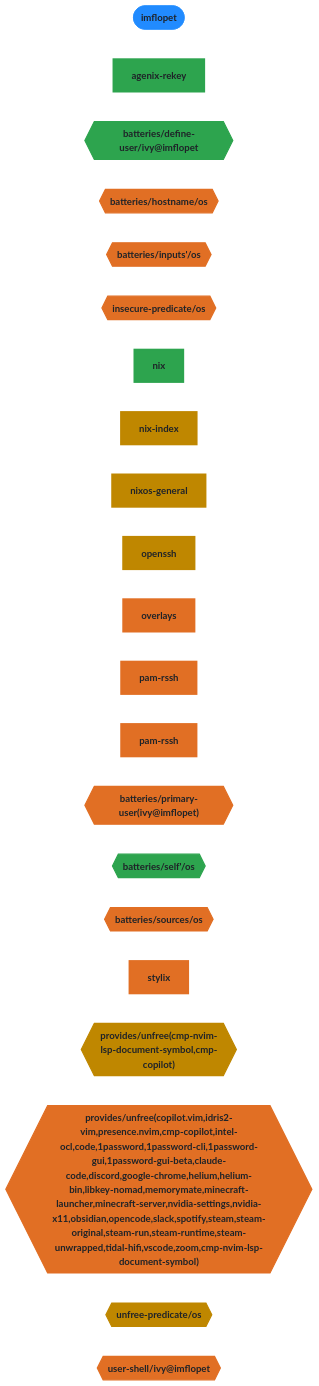
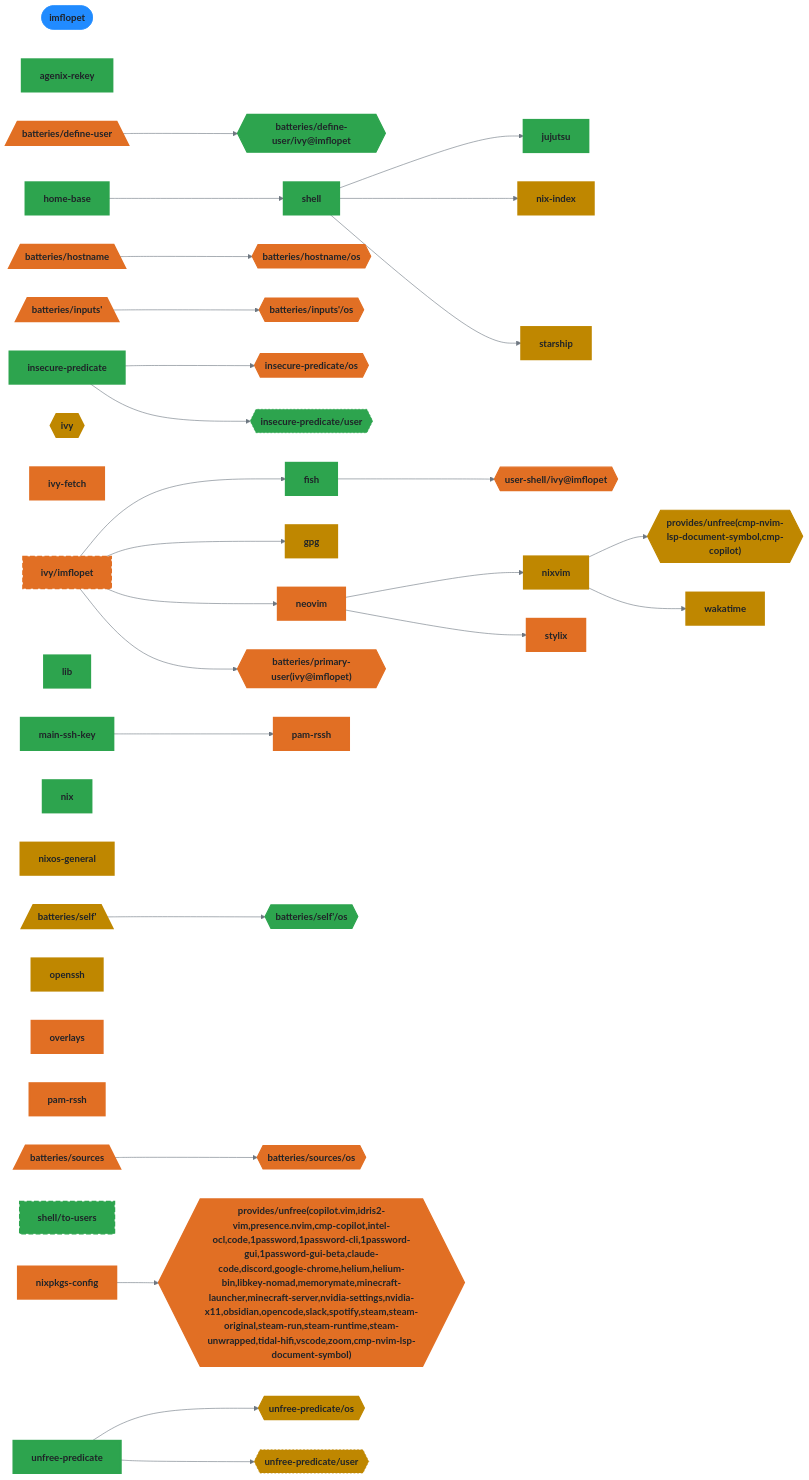
Before and after one commit to auscyber/dotfiles: the third of 9 diagrams in README.md, drawn with Mermaid. The commit also changed other lines of this file and 1 other file, not shown here.

````diff
--- a/README.md
+++ b/README.md
@@ -202,47 +439,121 @@
 graph LR
   imflopet([imflopet]):::root
   agenix_rekey["agenix-rekey"]:::agenix_rekey_c
+  den__batteries__define_user[/"batteries/define-user"\]:::den__batteries__define_user_c
   den__batteries__define_user__ivy_imflopet{{"batteries/define-user/ivy@imflopet"}}:::den__batteries__define_user__ivy_imflopet_c
+  fish["fish"]:::fish_c
+  gpg["gpg"]:::gpg_c
+  home_base["home-base"]:::home_base_c
+  den__batteries__hostname[/"batteries/hostname"\]:::den__batteries__hostname_c
   den__batteries__hostname__os{{"batteries/hostname/os"}}:::den__batteries__hostname__os_c
+  den__batteries__inputs_[/"batteries/inputs'"\]:::den__batteries__inputs__c
   den__batteries__inputs___os{{"batteries/inputs'/os"}}:::den__batteries__inputs___os_c
+  insecure_predicate["insecure-predicate"]:::insecure_predicate_c
   insecure_predicate__os{{"insecure-predicate/os"}}:::insecure_predicate__os_c
+  insecure_predicate__user{{"insecure-predicate/user"}}:::insecure_predicate__user_c
+  ivy{{"ivy"}}:::ivy_c
+  ivy_fetch["ivy-fetch"]:::ivy_fetch_c
+  ivy__imflopet["ivy/imflopet"]:::ivy__imflopet_c
+  jujutsu["jujutsu"]:::jujutsu_c
+  lib["lib"]:::lib_c
+  main_ssh_key["main-ssh-key"]:::main_ssh_key_c
+  neovim["neovim"]:::neovim_c
   nix["nix"]:::nix_c
   nix_index["nix-index"]:::nix_index_c
   nixos_general["nixos-general"]:::nixos_general_c
+  nixpkgs_config_host_imflopet["nixpkgs-config"]:::nixpkgs_config_host_imflopet_c
+  nixvim["nixvim"]:::nixvim_c
   openssh["openssh"]:::openssh_c
   overlays["overlays"]:::overlays_c
   pam_rssh_host_imflopet["pam-rssh"]:::pam_rssh_host_imflopet_c
   pam_rssh_user_ivy["pam-rssh"]:::pam_rssh_user_ivy_c
   den__batteries__primary_user_ivy_imflopet_{{"batteries/primary-user(ivy@imflopet)"}}:::den__batteries__primary_user_ivy_imflopet__c
+  den__batteries__self_[/"batteries/self'"\]:::den__batteries__self__c
   den__batteries__self___os{{"batteries/self'/os"}}:::den__batteries__self___os_c
+  shell["shell"]:::shell_c
+  shell__to_users["shell/to-users"]:::shell__to_users_c
+  den__batteries__sources[/"batteries/sources"\]:::den__batteries__sources_c
   den__batteries__sources__os{{"batteries/sources/os"}}:::den__batteries__sources__os_c
+  starship["starship"]:::starship_c
   stylix["stylix"]:::stylix_c
   den__provides__unfree_cmp_nvim_lsp_document_symbol_cmp_copilot_{{"provides/unfree(cmp-nvim-lsp-document-symbol,cmp-copilot)"}}:::den__provides__unfree_cmp_nvim_lsp_document_symbol_cmp_copilot__c
   den__provides__unfree_copilot_vim_idris2_vim_presence_nvim_cmp_copilot_intel_ocl_code_1password_1password_cli_1password_gui_1password_gui_beta_claude_code_discord_google_chrome_helium_helium_bin_libkey_nomad_memorymate_minecraft_launcher_minecraft_server_nvidia_settings_nvidia_x11_obsidian_opencode_slack_spotify_steam_steam_original_steam_run_steam_runtime_steam_unwrapped_tidal_hifi_vscode_zoom_cmp_nvim_lsp_document_symbol_{{"provides/unfree(copilot.vim,idris2-vim,presence.nvim,cmp-copilot,intel-ocl,code,1password,1password-cli,1password-gui,1password-gui-beta,claude-code,discord,google-chrome,helium,helium-bin,libkey-nomad,memorymate,minecraft-launcher,minecraft-server,nvidia-settings,nvidia-x11,obsidian,opencode,slack,spotify,steam,steam-original,steam-run,steam-runtime,steam-unwrapped,tidal-hifi,vscode,zoom,cmp-nvim-lsp-document-symbol)"}}:::den__provides__unfree_copilot_vim_idris2_vim_presence_nvim_cmp_copilot_intel_ocl_code_1password_1password_cli_1password_gui_1password_gui_beta_claude_code_discord_google_chrome_helium_helium_bin_libkey_nomad_memorymate_minecraft_launcher_minecraft_server_nvidia_settings_nvidia_x11_obsidian_opencode_slack_spotify_steam_steam_original_steam_run_steam_runtime_steam_unwrapped_tidal_hifi_vscode_zoom_cmp_nvim_lsp_document_symbol__c
+  unfree_predicate["unfree-predicate"]:::unfree_predicate_c
   unfree_predicate__os{{"unfree-predicate/os"}}:::unfree_predicate__os_c
+  unfree_predicate__user{{"unfree-predicate/user"}}:::unfree_predicate__user_c
   user_shell__ivy_imflopet{{"user-shell/ivy@imflopet"}}:::user_shell__ivy_imflopet_c
+  wakatime["wakatime"]:::wakatime_c
 
+  den__batteries__define_user --> den__batteries__define_user__ivy_imflopet
+  den__batteries__hostname --> den__batteries__hostname__os
+  den__batteries__inputs_ --> den__batteries__inputs___os
+  den__batteries__self_ --> den__batteries__self___os
+  den__batteries__sources --> den__batteries__sources__os
+  fish --> user_shell__ivy_imflopet
+  home_base --> shell
+  insecure_predicate --> insecure_predicate__os
+  insecure_predicate --> insecure_predicate__user
+  ivy__imflopet --> fish
+  ivy__imflopet --> gpg
+  ivy__imflopet --> neovim
+  ivy__imflopet --> den__batteries__primary_user_ivy_imflopet_
+  main_ssh_key --> pam_rssh_user_ivy
+  neovim --> nixvim
+  neovim --> stylix
+  nixpkgs_config_host_imflopet --> den__provides__unfree_copilot_vim_idris2_vim_presence_nvim_cmp_copilot_intel_ocl_code_1password_1password_cli_1password_gui_1password_gui_beta_claude_code_discord_google_chrome_helium_helium_bin_libkey_nomad_memorymate_minecraft_launcher_minecraft_server_nvidia_settings_nvidia_x11_obsidian_opencode_slack_spotify_steam_steam_original_steam_run_steam_runtime_steam_unwrapped_tidal_hifi_vscode_zoom_cmp_nvim_lsp_document_symbol_
+  nixvim --> den__provides__unfree_cmp_nvim_lsp_document_symbol_cmp_copilot_
+  nixvim --> wakatime
+  shell --> jujutsu
+  shell --> nix_index
+  shell --> starship
+  unfree_predicate --> unfree_predicate__os
+  unfree_predicate --> unfree_predicate__user
 
   classDef root fill:#218bff,stroke:#218bff,color:#1f2328,font-weight:bold
   classDef agenix_rekey_c fill:#2da44e,stroke:#2da44e,color:#1f2328,stroke-width:3px
+  classDef den__batteries__define_user_c fill:#e16f24,stroke:#e16f24,color:#1f2328,stroke-width:3px
   classDef den__batteries__define_user__ivy_imflopet_c fill:#2da44e,stroke:#2da44e,color:#1f2328,stroke-width:2px
+  classDef fish_c fill:#2da44e,stroke:#2da44e,color:#1f2328,stroke-width:3px
+  classDef gpg_c fill:#bf8700,stroke:#bf8700,color:#1f2328,stroke-width:3px
+  classDef home_base_c fill:#2da44e,stroke:#2da44e,color:#1f2328,stroke-width:3px
+  classDef den__batteries__hostname_c fill:#e16f24,stroke:#e16f24,color:#1f2328,stroke-width:3px
   classDef den__batteries__hostname__os_c fill:#e16f24,stroke:#e16f24,color:#1f2328,stroke-width:2px
   classDef imflopet_c fill:#e16f24,stroke:#e16f24,color:#1f2328,stroke-width:3px
+  classDef den__batteries__inputs__c fill:#e16f24,stroke:#e16f24,color:#1f2328,stroke-width:3px
   classDef den__batteries__inputs___os_c fill:#e16f24,stroke:#e16f24,color:#1f2328,stroke-width:2px
+  classDef insecure_predicate_c fill:#2da44e,stroke:#2da44e,color:#1f2328,stroke-width:3px
   classDef insecure_predicate__os_c fill:#e16f24,stroke:#e16f24,color:#1f2328,stroke-width:2px
+  classDef insecure_predicate__user_c fill:#2da44e,stroke:#2da44e,color:#1f2328,stroke-dasharray: 3 3,stroke-width:1px
+  classDef ivy_c fill:#bf8700,stroke:#bf8700,color:#1f2328,stroke-width:3px
+  classDef ivy_fetch_c fill:#e16f24,stroke:#e16f24,color:#1f2328,stroke-width:3px
+  classDef ivy__imflopet_c fill:#e16f24,stroke:#e16f24,color:#1f2328,stroke-width:2px,stroke-dasharray: 8 4
+  classDef jujutsu_c fill:#2da44e,stroke:#2da44e,color:#1f2328,stroke-width:3px
+  classDef lib_c fill:#2da44e,stroke:#2da44e,color:#1f2328,stroke-width:3px
+  classDef main_ssh_key_c fill:#2da44e,stroke:#2da44e,color:#1f2328,stroke-width:3px
+  classDef neovim_c fill:#e16f24,stroke:#e16f24,color:#1f2328,stroke-width:3px
   classDef nix_c fill:#2da44e,stroke:#2da44e,color:#1f2328,stroke-width:3px
   classDef nix_index_c fill:#bf8700,stroke:#bf8700,color:#1f2328,stroke-width:3px
   classDef nixos_general_c fill:#bf8700,stroke:#bf8700,color:#1f2328,stroke-width:3px
+  classDef nixpkgs_config_host_imflopet_c fill:#e16f24,stroke:#e16f24,color:#1f2328,stroke-width:3px
+  classDef nixvim_c fill:#bf8700,stroke:#bf8700,color:#1f2328,stroke-width:3px
   classDef openssh_c fill:#bf8700,stroke:#bf8700,color:#1f2328,stroke-width:3px
   classDef overlays_c fill:#e16f24,stroke:#e16f24,color:#1f2328,stroke-width:3px
   classDef pam_rssh_host_imflopet_c fill:#e16f24,stroke:#e16f24,color:#1f2328,stroke-width:3px
   classDef pam_rssh_user_ivy_c fill:#e16f24,stroke:#e16f24,color:#1f2328,stroke-width:3px
   classDef den__batteries__primary_user_ivy_imflopet__c fill:#e16f24,stroke:#e16f24,color:#1f2328,stroke-width:2px
+  classDef den__batteries__self__c fill:#bf8700,stroke:#bf8700,color:#1f2328,stroke-width:3px
   classDef den__batteries__self___os_c fill:#2da44e,stroke:#2da44e,color:#1f2328,stroke-width:2px
+  classDef shell_c fill:#2da44e,stroke:#2da44e,color:#1f2328,stroke-width:3px
+  classDef shell__to_users_c fill:#2da44e,stroke:#2da44e,color:#1f2328,stroke-width:2px,stroke-dasharray: 8 4
+  classDef den__batteries__sources_c fill:#e16f24,stroke:#e16f24,color:#1f2328,stroke-width:3px
   classDef den__batteries__sources__os_c fill:#e16f24,stroke:#e16f24,color:#1f2328,stroke-width:2px
+  classDef starship_c fill:#bf8700,stroke:#bf8700,color:#1f2328,stroke-width:3px
   classDef stylix_c fill:#e16f24,stroke:#e16f24,color:#1f2328,stroke-width:3px
   classDef den__provides__unfree_cmp_nvim_lsp_document_symbol_cmp_copilot__c fill:#bf8700,stroke:#bf8700,color:#1f2328,stroke-width:2px
   classDef den__provides__unfree_copilot_vim_idris2_vim_presence_nvim_cmp_copilot_intel_ocl_code_1password_1password_cli_1password_gui_1password_gui_beta_claude_code_discord_google_chrome_helium_helium_bin_libkey_nomad_memorymate_minecraft_launcher_minecraft_server_nvidia_settings_nvidia_x11_obsidian_opencode_slack_spotify_steam_steam_original_steam_run_steam_runtime_steam_unwrapped_tidal_hifi_vscode_zoom_cmp_nvim_lsp_document_symbol__c fill:#e16f24,stroke:#e16f24,color:#1f2328,stroke-width:2px
+  classDef unfree_predicate_c fill:#2da44e,stroke:#2da44e,color:#1f2328,stroke-width:3px
   classDef unfree_predicate__os_c fill:#bf8700,stroke:#bf8700,color:#1f2328,stroke-width:2px
+  classDef unfree_predicate__user_c fill:#bf8700,stroke:#bf8700,color:#1f2328,stroke-dasharray: 3 3,stroke-width:1px
   classDef user_shell__ivy_imflopet_c fill:#e16f24,stroke:#e16f24,color:#1f2328,stroke-width:2px
+  classDef wakatime_c fill:#bf8700,stroke:#bf8700,color:#1f2328,stroke-width:3px
 ```
````
